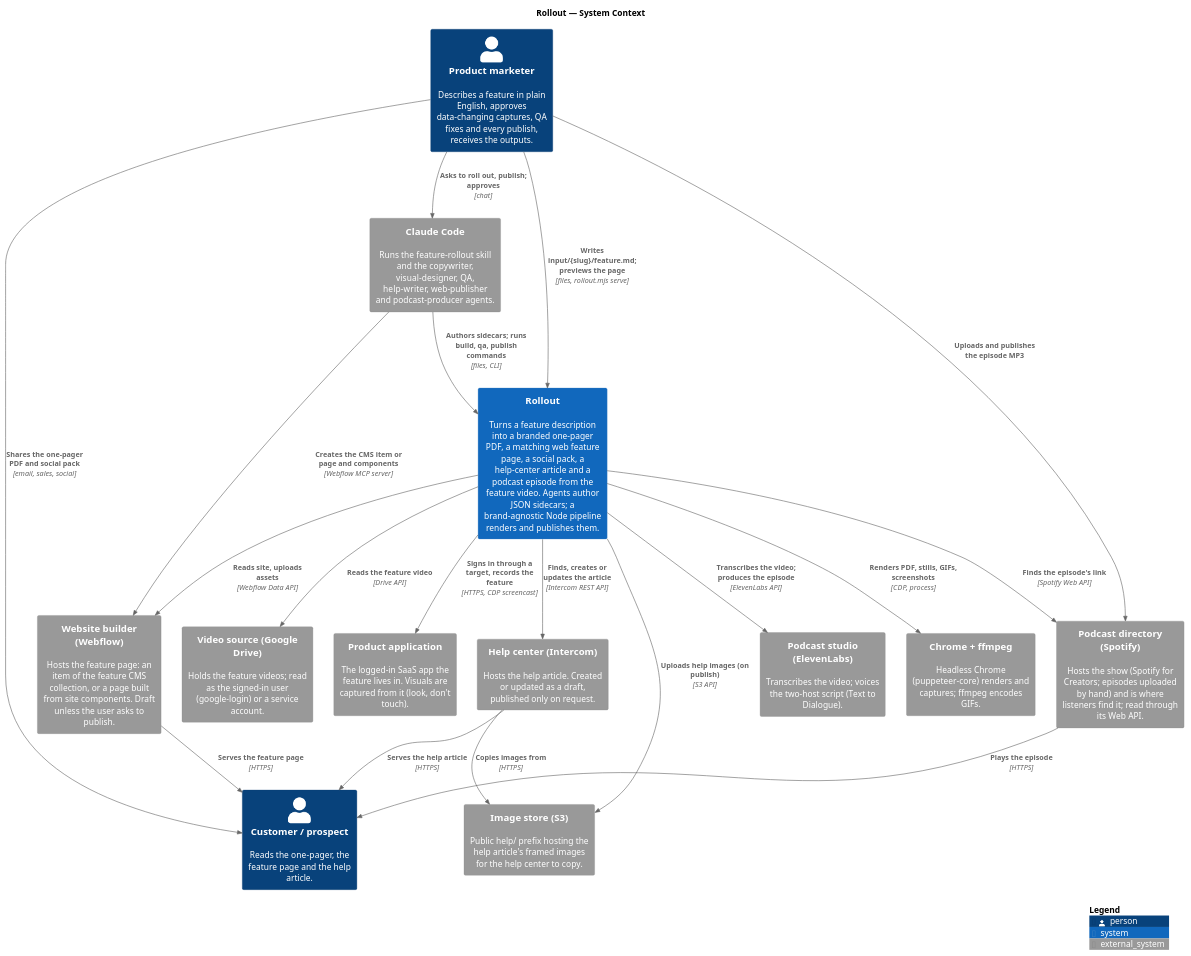
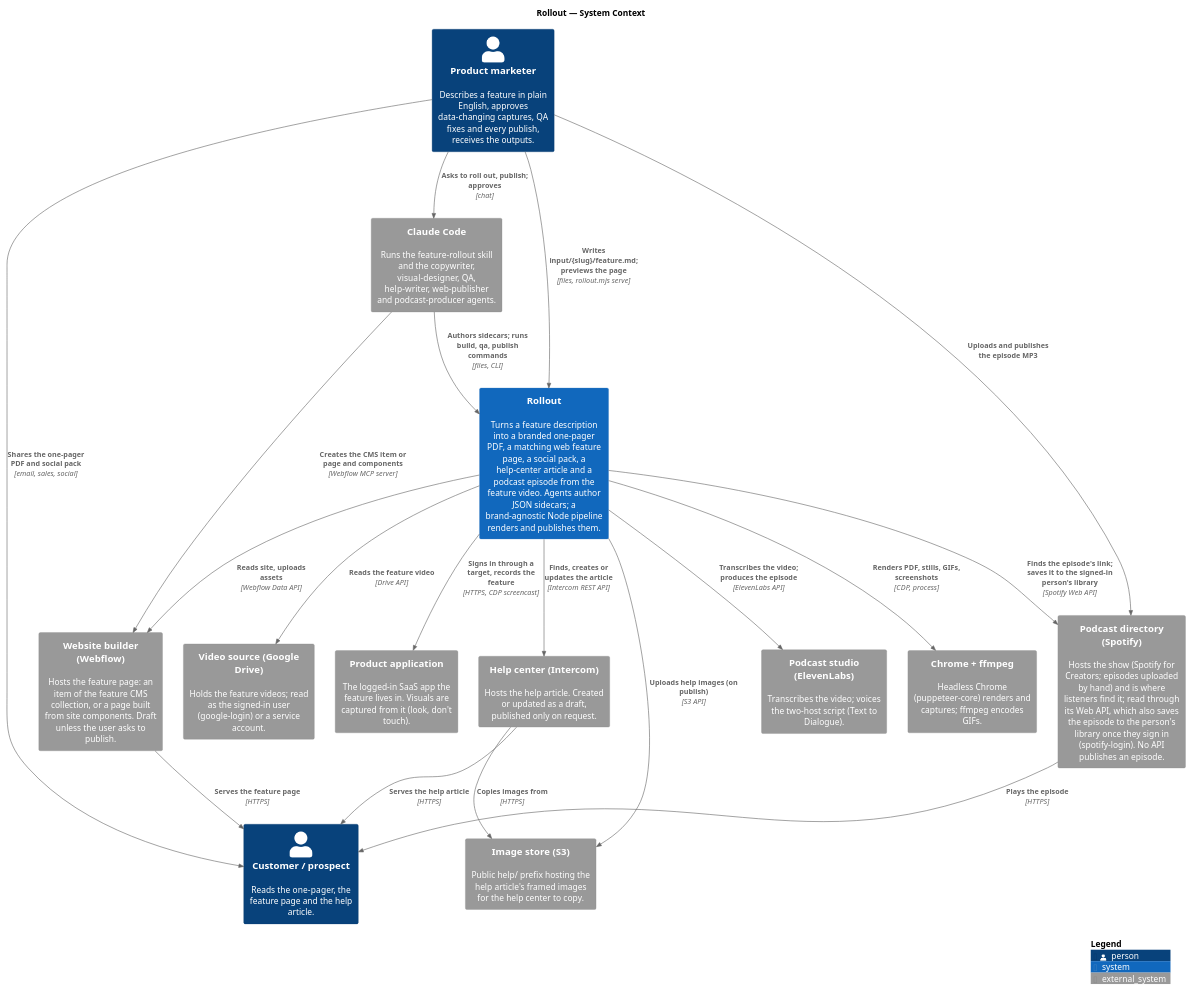
One commit to ssunduko/rollout changed the diagram in docs/c4/1-system-context.puml. Above: the diagram before and after it, drawn with PlantUML. The commit also changed 8 other files, not shown here.

First line of the commit message:
Bring the docs, C4 diagrams and agent instructions up to date

```diff
--- a/docs/c4/1-system-context.puml
+++ b/docs/c4/1-system-context.puml
@@ -1,43 +1,43 @@
 @startuml system-context
 ' C4 level 1 — System context: Rollout and the people and systems around it.
 ' Render: see docs/c4/README.md
 !include <C4/C4_Context>
 
 title Rollout — System Context
 
 Person(author, "Product marketer", "Describes a feature in plain English, approves data-changing captures, QA fixes and every publish, receives the outputs.")
 Person(reader, "Customer / prospect", "Reads the one-pager, the feature page and the help article.")
 
 System(rollout, "Rollout", "Turns a feature description into a branded one-pager PDF, a matching web feature page, a social pack, a help-center article and a podcast episode from the feature video. Agents author JSON sidecars; a brand-agnostic Node pipeline renders and publishes them.")
 
 System_Ext(claude, "Claude Code", "Runs the feature-rollout skill and the copywriter, visual-designer, QA, help-writer, web-publisher and podcast-producer agents.")
 System_Ext(app, "Product application", "The logged-in SaaS app the feature lives in. Visuals are captured from it (look, don't touch).")
 System_Ext(helpcenter, "Help center (Intercom)", "Hosts the help article. Created or updated as a draft, published only on request.")
 System_Ext(imagestore, "Image store (S3)", "Public help/ prefix hosting the help article's framed images for the help center to copy.")
 System_Ext(site, "Website builder (Webflow)", "Hosts the feature page: an item of the feature CMS collection, or a page built from site components. Draft unless the user asks to publish.")
 System_Ext(drive, "Video source (Google Drive)", "Holds the feature videos; read as the signed-in user (google-login) or a service account.")
 System_Ext(studio, "Podcast studio (ElevenLabs)", "Transcribes the video; voices the two-host script (Text to Dialogue).")
-System_Ext(directory, "Podcast directory (Spotify)", "Hosts the show (Spotify for Creators; episodes uploaded by hand) and is where listeners find it; read through its Web API.")
+System_Ext(directory, "Podcast directory (Spotify)", "Hosts the show (Spotify for Creators; episodes uploaded by hand) and is where listeners find it; read through its Web API, which also saves the episode to the person's library once they sign in (spotify-login). No API publishes an episode.")
 System_Ext(tools, "Chrome + ffmpeg", "Headless Chrome (puppeteer-core) renders and captures; ffmpeg encodes GIFs.")
 
 Rel(author, claude, "Asks to roll out, publish; approves", "chat")
 Rel(author, rollout, "Writes input/{slug}/feature.md; previews the page", "files, rollout.mjs serve")
 Rel(claude, rollout, "Authors sidecars; runs build, qa, publish commands", "files, CLI")
 Rel(rollout, app, "Signs in through a target, records the feature", "HTTPS, CDP screencast")
 Rel(rollout, tools, "Renders PDF, stills, GIFs, screenshots", "CDP, process")
 Rel(rollout, imagestore, "Uploads help images (on publish)", "S3 API")
 Rel(rollout, helpcenter, "Finds, creates or updates the article", "Intercom REST API")
 Rel(helpcenter, imagestore, "Copies images from", "HTTPS")
 Rel(rollout, site, "Reads site, uploads assets", "Webflow Data API")
 Rel(claude, site, "Creates the CMS item or page and components", "Webflow MCP server")
 Rel(rollout, drive, "Reads the feature video", "Drive API")
 Rel(rollout, studio, "Transcribes the video; produces the episode", "ElevenLabs API")
-Rel(rollout, directory, "Finds the episode's link", "Spotify Web API")
+Rel(rollout, directory, "Finds the episode's link; saves it to the signed-in person's library", "Spotify Web API")
 Rel(author, directory, "Uploads and publishes the episode MP3")
 Rel(directory, reader, "Plays the episode", "HTTPS")
 Rel(site, reader, "Serves the feature page", "HTTPS")
 Rel(helpcenter, reader, "Serves the help article", "HTTPS")
 Rel(author, reader, "Shares the one-pager PDF and social pack", "email, sales, social")
 
 SHOW_LEGEND()
 @enduml
```
